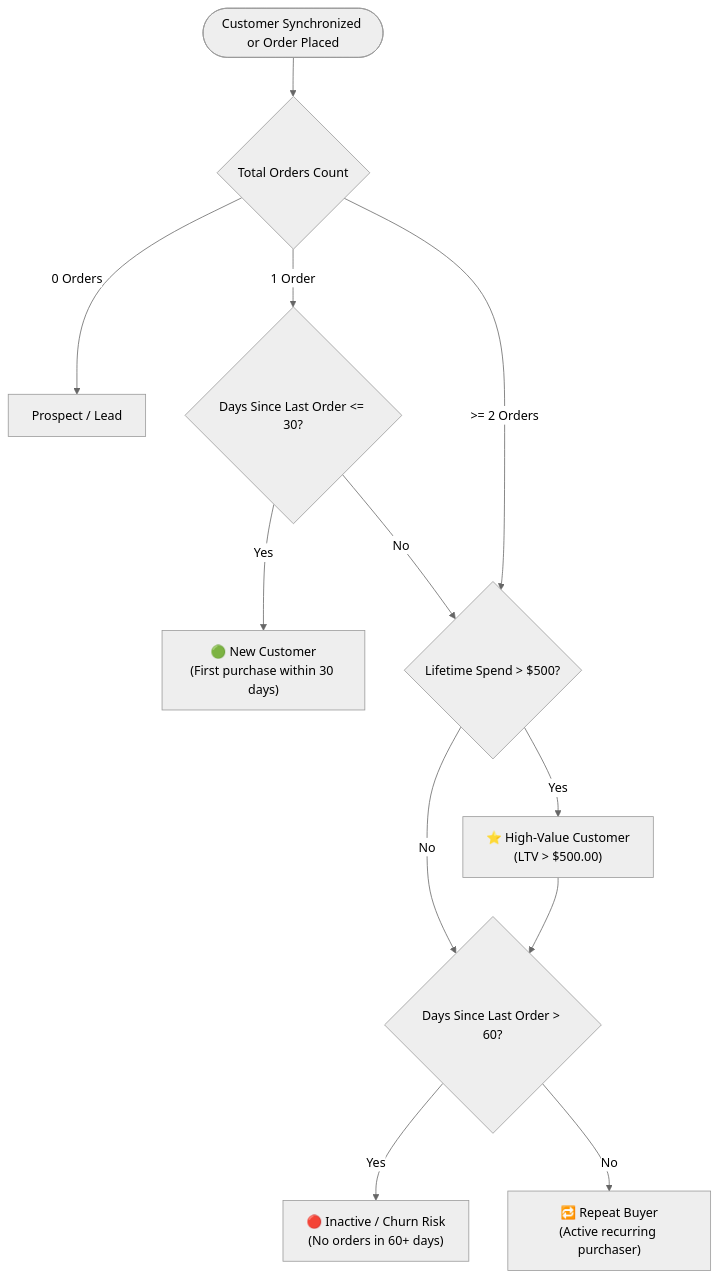
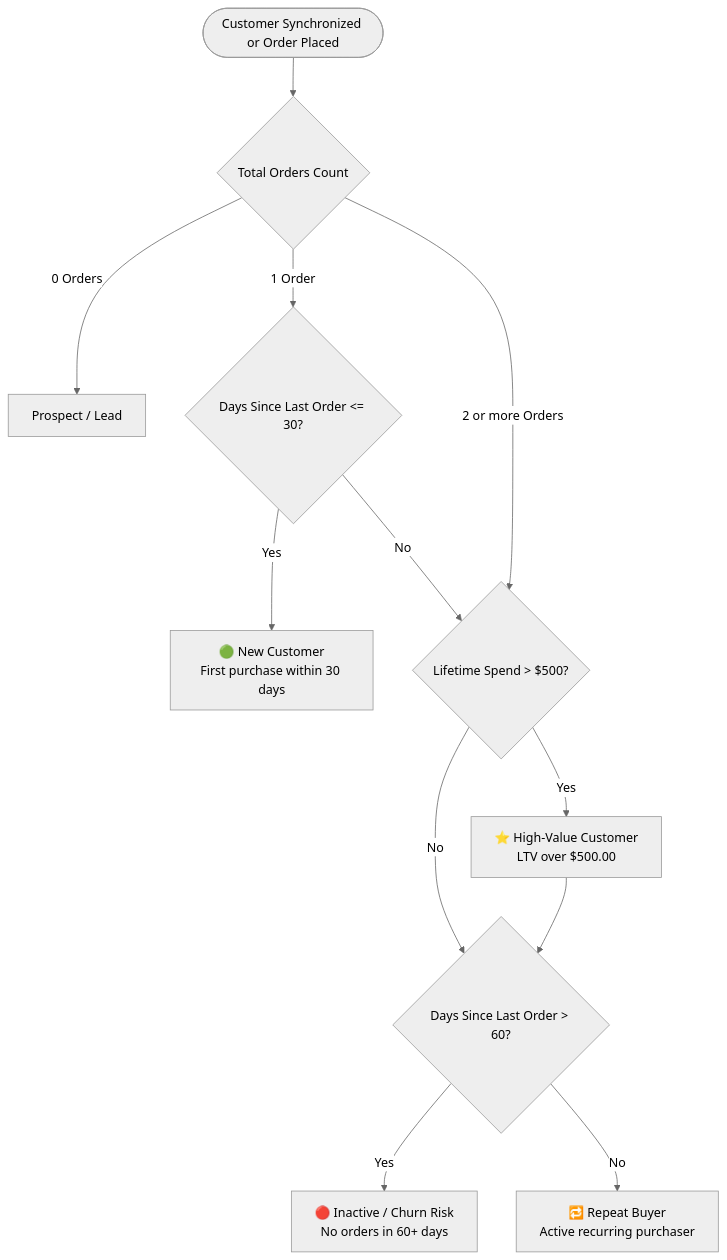
One commit to ByteLounge/CRM changed the third of 6 diagrams in README.md. Above: the diagram before and after it, drawn with Mermaid (neutral theme). The commit also changed other lines of this file, not shown here.

Commit message:
fix(docs): fix Mermaid edge label syntax and unquoted parentheses for GitHub parser

````diff
--- a/README.md
+++ b/README.md
@@ -217,20 +217,20 @@
 ```mermaid
 flowchart TD
     Start(["Customer Synchronized or Order Placed"]) --> CheckOrders{"Total Orders Count"}
     
     CheckOrders -- "0 Orders" --> Lead["Prospect / Lead"]
     CheckOrders -- "1 Order" --> CheckDaysNew{"Days Since Last Order <= 30?"}
     
-    CheckDaysNew -- Yes --> SegNew["🟢 New Customer<br/>(First purchase within 30 days)"]
-    CheckDaysNew -- No --> CheckSpend{"Lifetime Spend > $500?"}
+    CheckDaysNew -- "Yes" --> SegNew["🟢 New Customer<br/>First purchase within 30 days"]
+    CheckDaysNew -- "No" --> CheckSpend{"Lifetime Spend > $500?"}
     
-    CheckOrders -- ">= 2 Orders" --> CheckSpend
+    CheckOrders -- "2 or more Orders" --> CheckSpend
     
-    CheckSpend -- Yes --> SegHighValue["⭐ High-Value Customer<br/>(LTV > $500.00)"]
-    CheckSpend -- No --> CheckInactive{"Days Since Last Order > 60?"}
+    CheckSpend -- "Yes" --> SegHighValue["⭐ High-Value Customer<br/>LTV over $500.00"]
+    CheckSpend -- "No" --> CheckInactive{"Days Since Last Order > 60?"}
     
     SegHighValue --> CheckInactive
     
-    CheckInactive -- Yes --> SegInactive["🔴 Inactive / Churn Risk<br/>(No orders in 60+ days)"]
-    CheckInactive -- No --> SegRepeat["🔁 Repeat Buyer<br/>(Active recurring purchaser)"]
+    CheckInactive -- "Yes" --> SegInactive["🔴 Inactive / Churn Risk<br/>No orders in 60+ days"]
+    CheckInactive -- "No" --> SegRepeat["🔁 Repeat Buyer<br/>Active recurring purchaser"]
 ```
````
